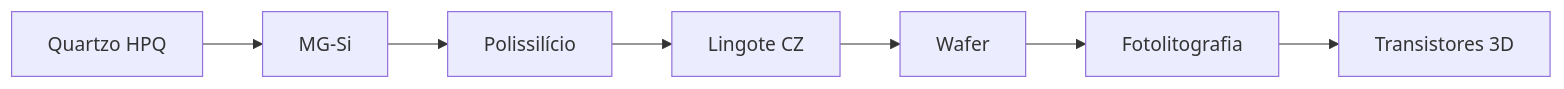
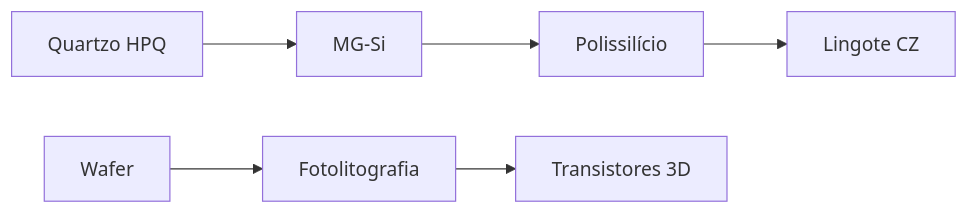
One commit to FelipeEstevanatto/chipmaking changed the diagram in docs/index.md. Above: the diagram before and after it, drawn with Mermaid. The commit also changed 7 other files, not shown here.

````diff
--- a/docs/index.md
+++ b/docs/index.md
@@ -48,9 +48,8 @@
 ```mermaid
 flowchart LR
   A[Quartzo HPQ] --> B[MG-Si]
   B --> C[Polissilício]
   C --> D[Lingote CZ]
-  D --> E[Wafer]
-  E --> F[Fotolitografia]
+  E[Wafer] --> F[Fotolitografia]
   F --> G[Transistores 3D]
 ```
````
